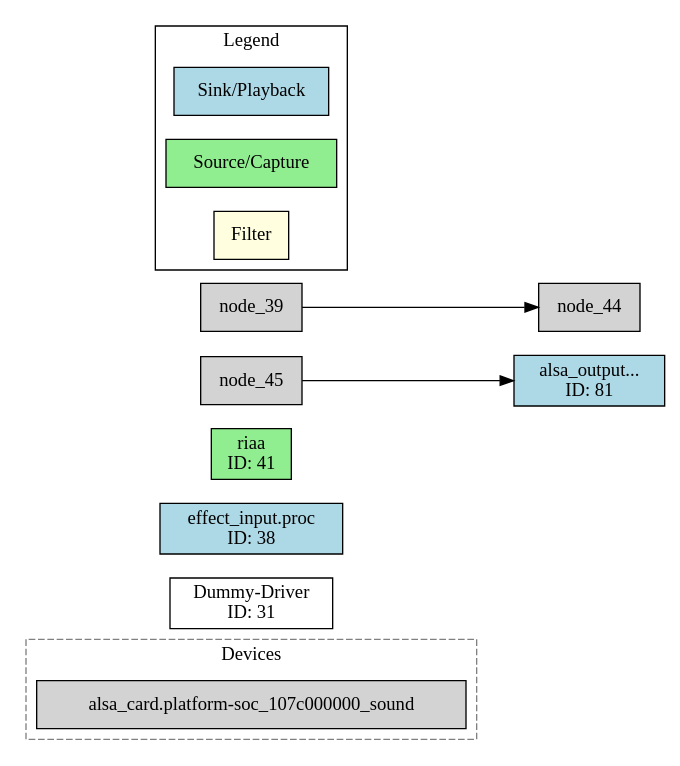
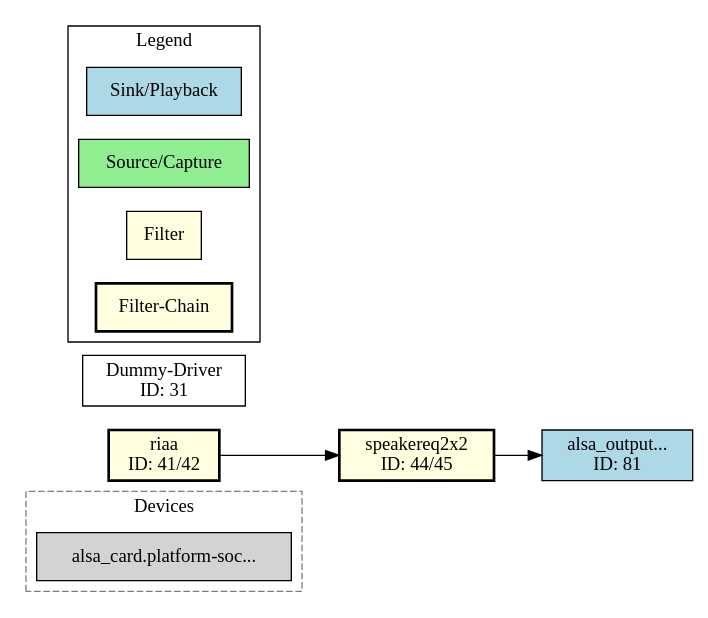
The first of 2 diagrams in docs/API_GRAPH.md (hifiberry/pipewire-api), drawn with Graphviz before and after one commit. The commit also changed other lines of this file and 5 other files, not shown here.

Commit message:
feat: Implement graph API endpoints and add tests for graph visualization

````diff
--- a/docs/API_GRAPH.md
+++ b/docs/API_GRAPH.md
@@ -25,31 +25,34 @@
 ```dot
 digraph PipeWire {
     rankdir=LR;
     node [shape=box, style=filled];
     
     subgraph cluster_devices {
         label="Devices";
         style=dashed;
         color=gray;
-        dev_56 [label="alsa_card.platform-soc_107c000000_sound", fillcolor=lightgray];
+        dev_56 [label="alsa_card.platform-soc...", fillcolor=lightgray];
     }
+
+    // Filter Chains (combined input+output)
+    chain_41 [label="riaa\nID: 41/42", fillcolor=lightyellow, style="filled,bold"];
+    chain_44 [label="speakereq2x2\nID: 44/45", fillcolor=lightyellow, style="filled,bold"];
 
     // Audio Nodes
     node_31 [label="Dummy-Driver\nID: 31", fillcolor=white];
-    node_38 [label="effect_input.proc\nID: 38", fillcolor=lightblue];
-    node_41 [label="riaa\nID: 41", fillcolor=lightgreen];
     node_81 [label="alsa_output...\nID: 81", fillcolor=lightblue];
 
     // Links
-    node_39 -> node_44;
-    node_45 -> node_81;
+    chain_41 -> chain_44;
+    chain_44 -> node_81;
 
     // Legend
     subgraph cluster_legend {
         label="Legend";
         legend_sink [label="Sink/Playback", fillcolor=lightblue];
         legend_source [label="Source/Capture", fillcolor=lightgreen];
         legend_filter [label="Filter", fillcolor=lightyellow];
+        legend_chain [label="Filter-Chain", fillcolor=lightyellow, style="filled,bold"];
     }
 }
 ```
````
